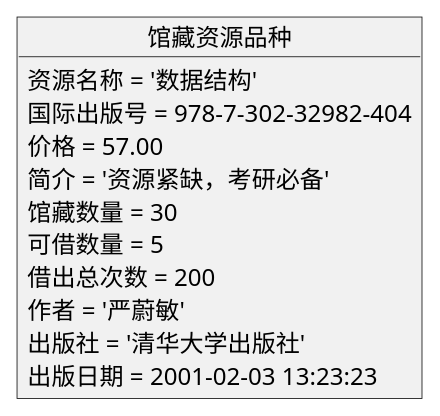
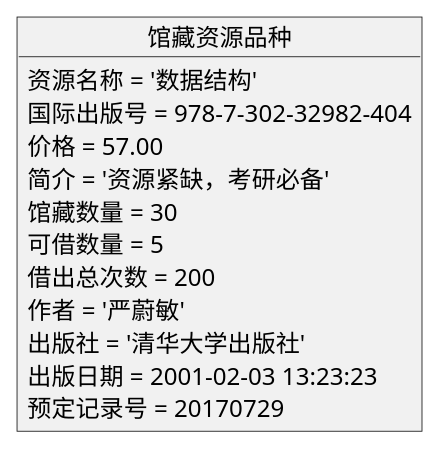
The diagram in test3/object4.md (Landy7/is_analysis), drawn with PlantUML before and after one commit. The commit also changed 8 other files, not shown here.

```diff
--- a/test3/object4.md
+++ b/test3/object4.md
@@ -1,16 +1,17 @@
 @startuml
 
 object 馆藏资源品种{
     资源名称 = '数据结构'
     国际出版号 = 978-7-302-32982-404
     价格 = 57.00
     简介 = '资源紧缺，考研必备'
     馆藏数量 = 30
     可借数量 = 5
     借出总次数 = 200
     作者 = '严蔚敏'
     出版社 = '清华大学出版社'
     出版日期 = 2001-02-03 13:23:23
+    预定记录号 = 20170729
 }
 
 @enduml
```
